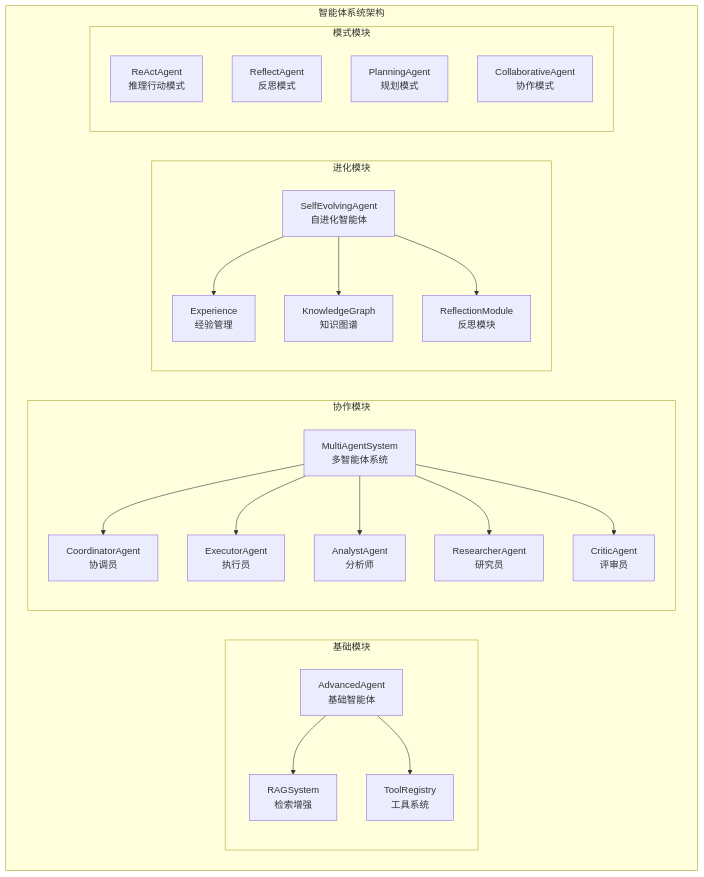
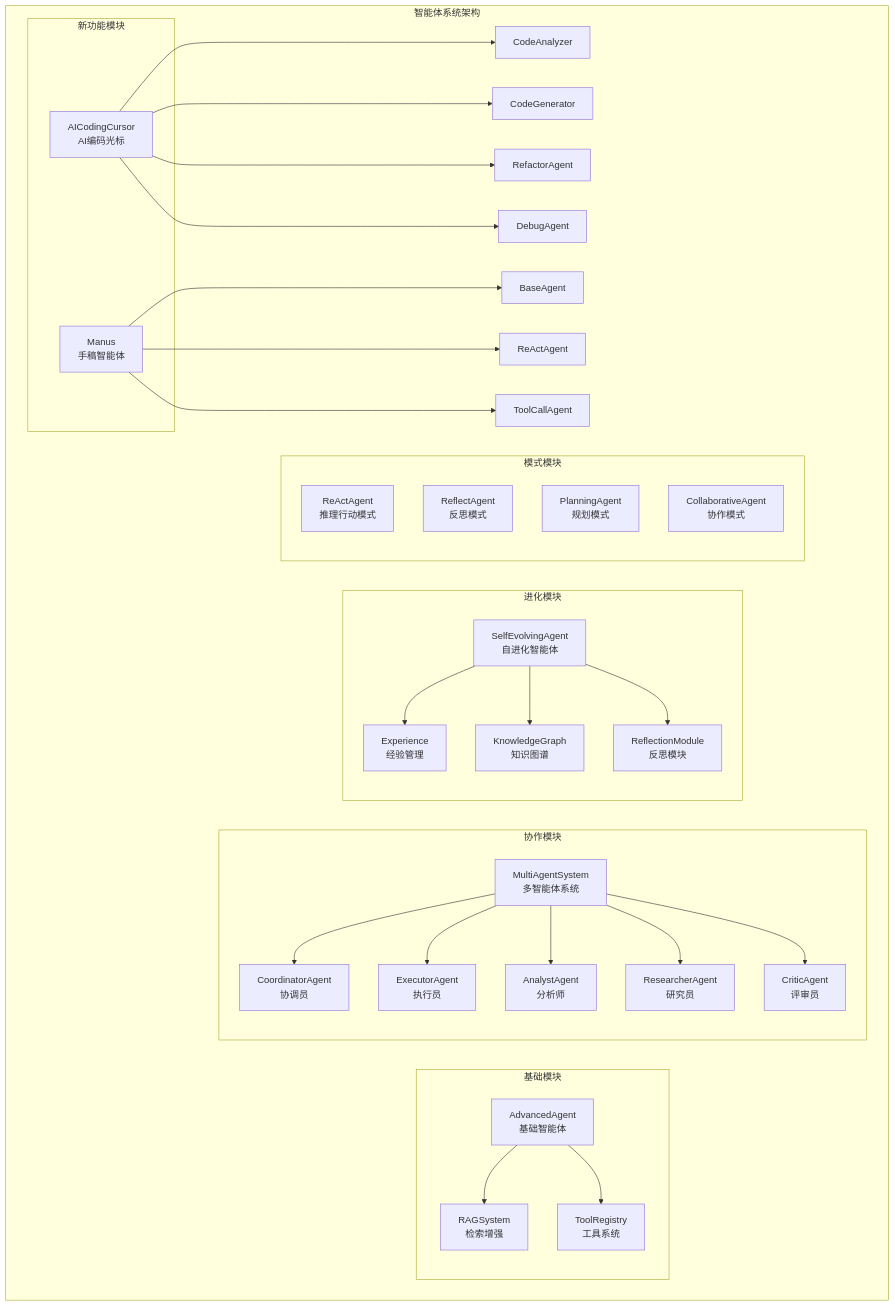
One commit to Leavesfly/TinyAI changed the first of 18 diagrams in .qoder/repowiki/zh/content/智能体系统/智能体系统.md. Above: the diagram before and after it, drawn with Mermaid. The commit also changed other lines of this file and 40 other files, not shown here.

````diff
--- a/.qoder/repowiki/zh/content/智能体系统/智能体系统.md
+++ b/.qoder/repowiki/zh/content/智能体系统/智能体系统.md
@@ -41,40 +53,51 @@
 ```mermaid
 graph TB
 subgraph "智能体系统架构"
 subgraph "基础模块"
 Base[AdvancedAgent<br/>基础智能体]
 RAG[RAGSystem<br/>检索增强]
 Tools[ToolRegistry<br/>工具系统]
 end
 subgraph "协作模块"
 Multi[MultiAgentSystem<br/>多智能体系统]
 Coord[CoordinatorAgent<br/>协调员]
 Exec[ExecutorAgent<br/>执行员]
 Anal[AnalystAgent<br/>分析师]
 Res[ResearcherAgent<br/>研究员]
 Crit[CriticAgent<br/>评审员]
 end
 subgraph "进化模块"
 Evol[SelfEvolvingAgent<br/>自进化智能体]
 Exp[Experience<br/>经验管理]
 KG[KnowledgeGraph<br/>知识图谱]
 Ref[ReflectionModule<br/>反思模块]
 end
 subgraph "模式模块"
 ReAct[ReActAgent<br/>推理行动模式]
 Reflect[ReflectAgent<br/>反思模式]
 Plan[PlanningAgent<br/>规划模式]
 Collab[CollaborativeAgent<br/>协作模式]
 end
+subgraph "新功能模块"
+Cursor[AICodingCursor<br/>AI编码光标]
+Manus[Manus<br/>手稿智能体]
+end
 Base --> RAG
 Base --> Tools
 Multi --> Coord
 Multi --> Exec
 Multi --> Anal
 Multi --> Res
 Multi --> Crit
 Evol --> Exp
 Evol --> KG
 Evol --> Ref
+Cursor --> CodeAnalyzer
+Cursor --> CodeGenerator
+Cursor --> RefactorAgent
+Cursor --> DebugAgent
+Manus --> BaseAgent
+Manus --> ReActAgent
+Manus --> ToolCallAgent
 end
 ```
````
